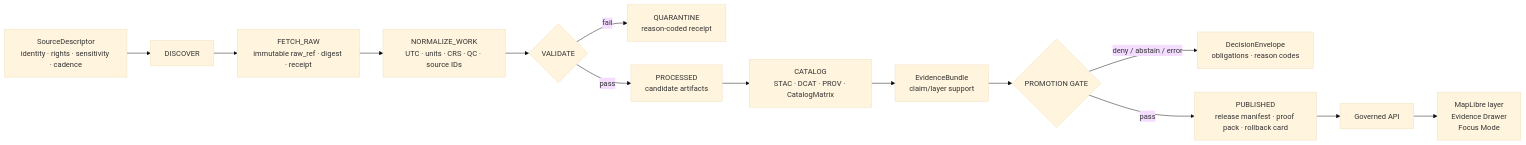
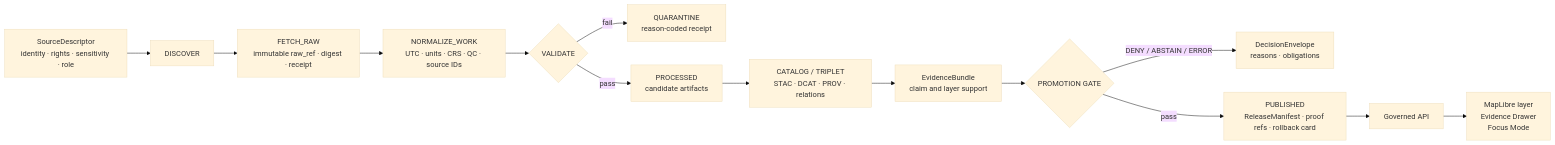
One commit to bartytime4life/Kansas-Frontier-Matrix changed the diagram in docs/domains/agriculture/README.md. Above: the diagram before and after it, drawn with Mermaid (base theme). The commit also changed other lines of this file, not shown here.

````diff
--- a/docs/domains/agriculture/README.md
+++ b/docs/domains/agriculture/README.md
@@ -200,16 +248,16 @@
 ```mermaid
 flowchart LR
-    A[SourceDescriptor<br/>identity · rights · sensitivity · cadence] --> B[DISCOVER]
+    A[SourceDescriptor<br/>identity · rights · sensitivity · role] --> B[DISCOVER]
     B --> C[FETCH_RAW<br/>immutable raw_ref · digest · receipt]
     C --> D[NORMALIZE_WORK<br/>UTC · units · CRS · QC · source IDs]
     D --> E{VALIDATE}
     E -- fail --> Q[QUARANTINE<br/>reason-coded receipt]
     E -- pass --> P[PROCESSED<br/>candidate artifacts]
-    P --> G[CATALOG<br/>STAC · DCAT · PROV · CatalogMatrix]
-    G --> EB[EvidenceBundle<br/>claim/layer support]
+    P --> G[CATALOG / TRIPLET<br/>STAC · DCAT · PROV · relations]
+    G --> EB[EvidenceBundle<br/>claim and layer support]
     EB --> M{PROMOTION GATE}
-    M -- deny / abstain / error --> N[DecisionEnvelope<br/>obligations · reason codes]
-    M -- pass --> R[PUBLISHED<br/>release manifest · proof pack · rollback card]
+    M -- DENY / ABSTAIN / ERROR --> N[DecisionEnvelope<br/>reasons · obligations]
+    M -- pass --> R[PUBLISHED<br/>ReleaseManifest · proof refs · rollback card]
     R --> API[Governed API]
     API --> UI[MapLibre layer<br/>Evidence Drawer<br/>Focus Mode]
 ```
````
